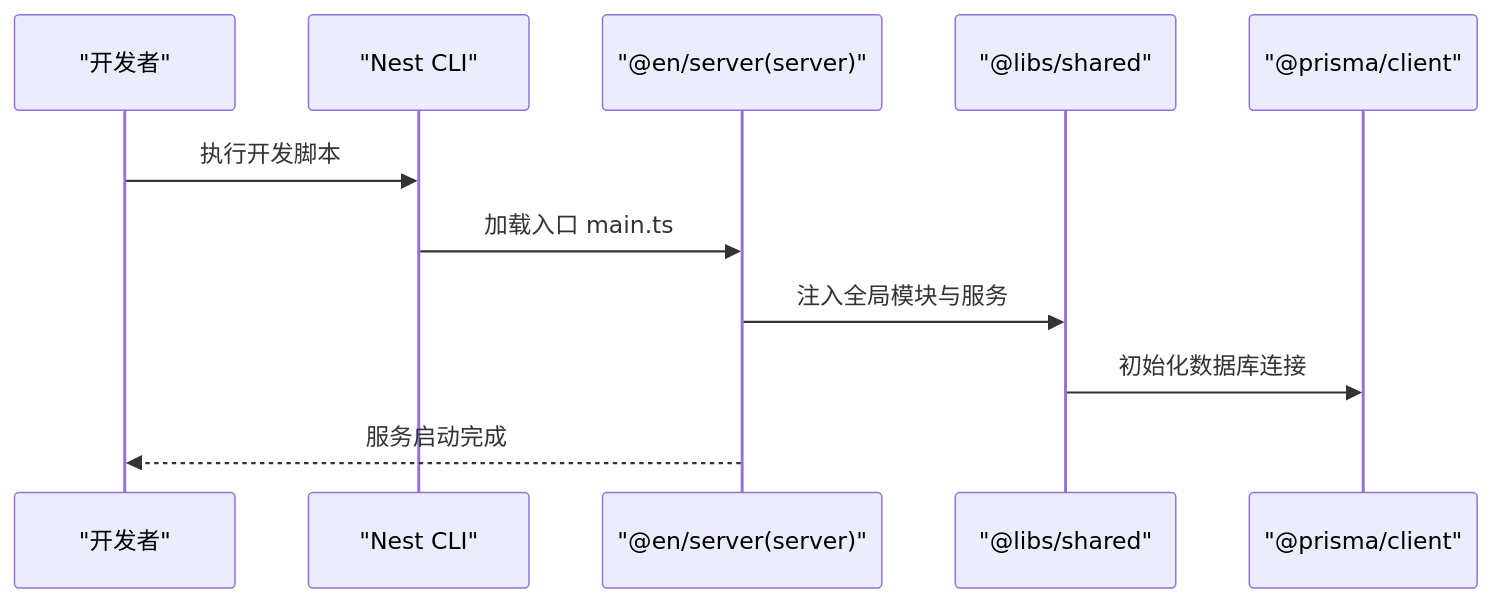
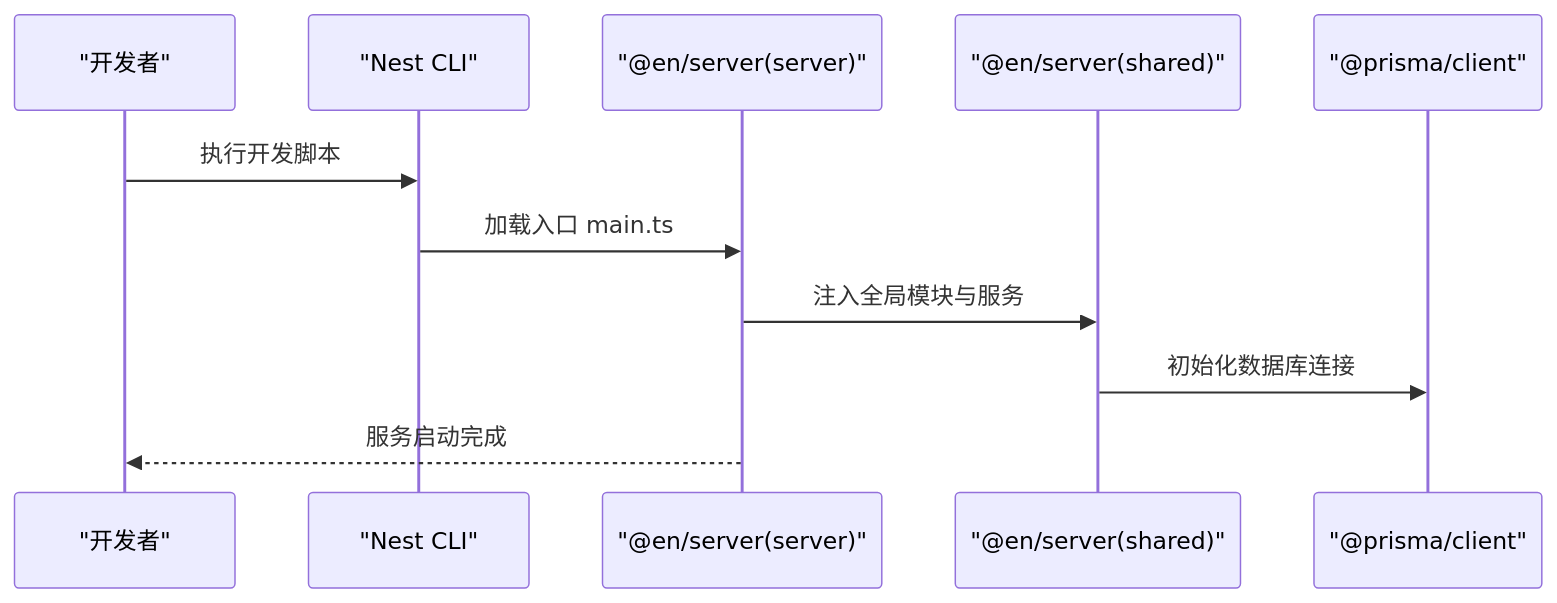
One commit to LihaoZDB/English-Study changed the fourth of 6 diagrams in .qoder/repowiki/zh/content/架构设计/Monorepo架构设计.md. Above: the diagram before and after it, drawn with Mermaid. The commit also changed other lines of this file and 6 other files, not shown here.

````diff
--- a/.qoder/repowiki/zh/content/架构设计/Monorepo架构设计.md
+++ b/.qoder/repowiki/zh/content/架构设计/Monorepo架构设计.md
@@ -199,13 +154,13 @@
 ```mermaid
 sequenceDiagram
 participant Dev as "开发者"
 participant Nest as "Nest CLI"
 participant Srv as "@en/server(server)"
-participant Shared as "@libs/shared"
+participant Shared as "@en/server(shared)"
 participant Prisma as "@prisma/client"
 Dev->>Nest : 执行开发脚本
 Nest->>Srv : 加载入口 main.ts
 Srv->>Shared : 注入全局模块与服务
 Shared->>Prisma : 初始化数据库连接
 Srv-->>Dev : 服务启动完成
 ```
````
